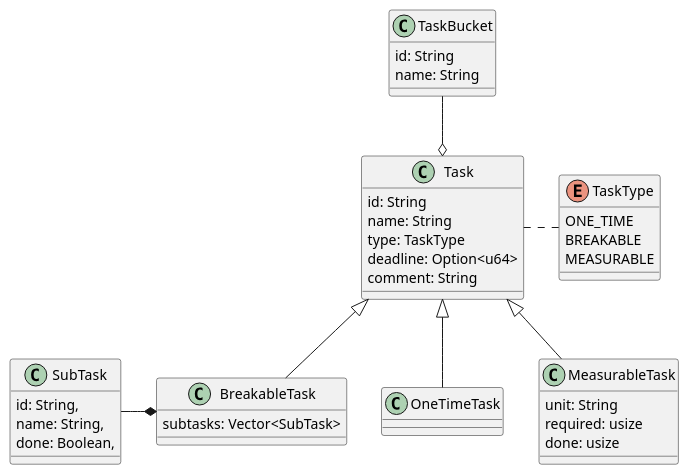
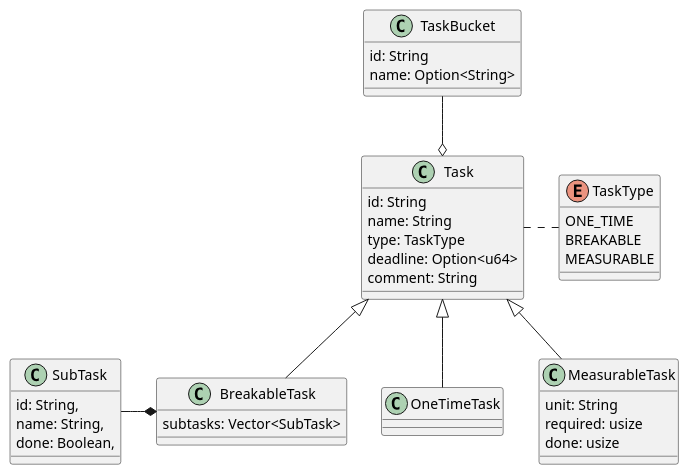
One commit to hoang-khoi/centurion changed the diagram in docs/entity.puml. Above: the diagram before and after it, drawn with PlantUML. The commit also changed 10 other files, not shown here.

```diff
--- a/docs/entity.puml
+++ b/docs/entity.puml
@@ -1,48 +1,48 @@
 @startuml
 class TaskBucket {
     id: String
-    name: String
+    name: Option<String>
 }
 
 class Task {
     id: String
     name: String
     type: TaskType
     deadline: Option<u64>
     comment: String
 }
 
 enum TaskType {
     ONE_TIME
     BREAKABLE
     MEASURABLE
 }
 
 class OneTimeTask
 
 class BreakableTask {
     subtasks: Vector<SubTask>
 }
 
 class MeasurableTask {
     unit: String
     required: usize
     done: usize
 }
 
 class SubTask {
     id: String,
     name: String,
     done: Boolean,
 }
 
 Task <|-- OneTimeTask
 Task <|-- BreakableTask
 Task <|-- MeasurableTask
 
 Task . TaskType
 
 SubTask -* BreakableTask
 
 TaskBucket --o Task
 @enduml
```
